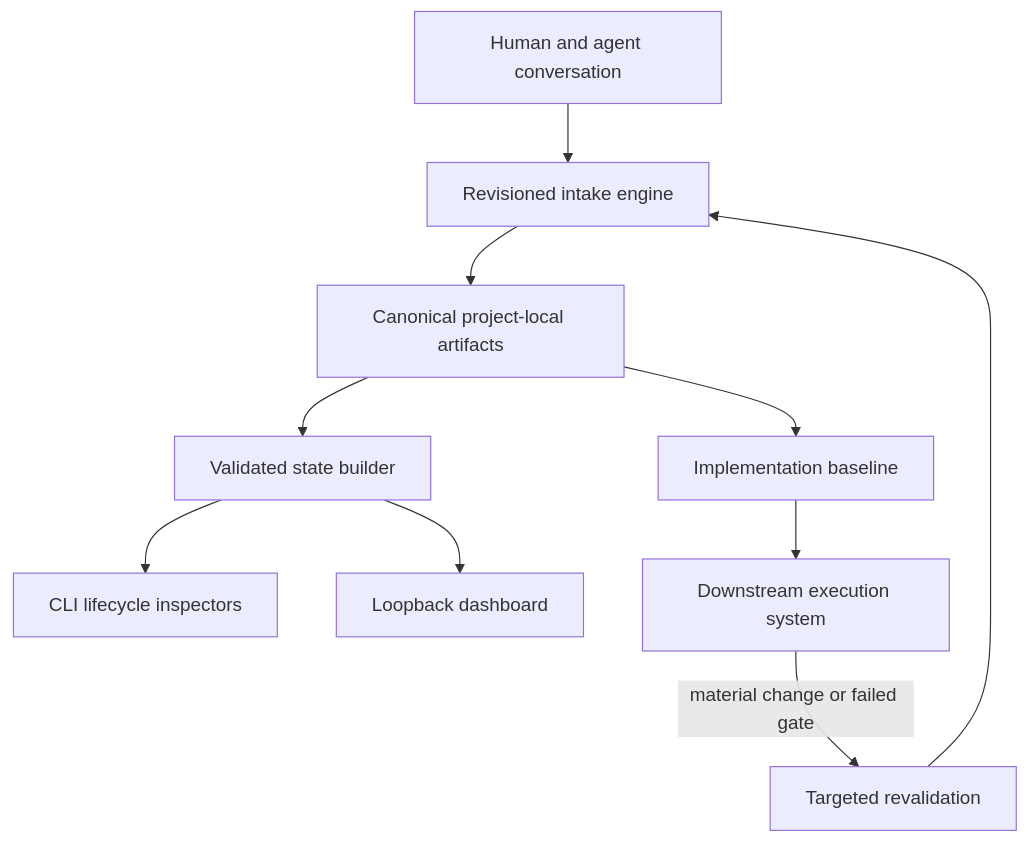
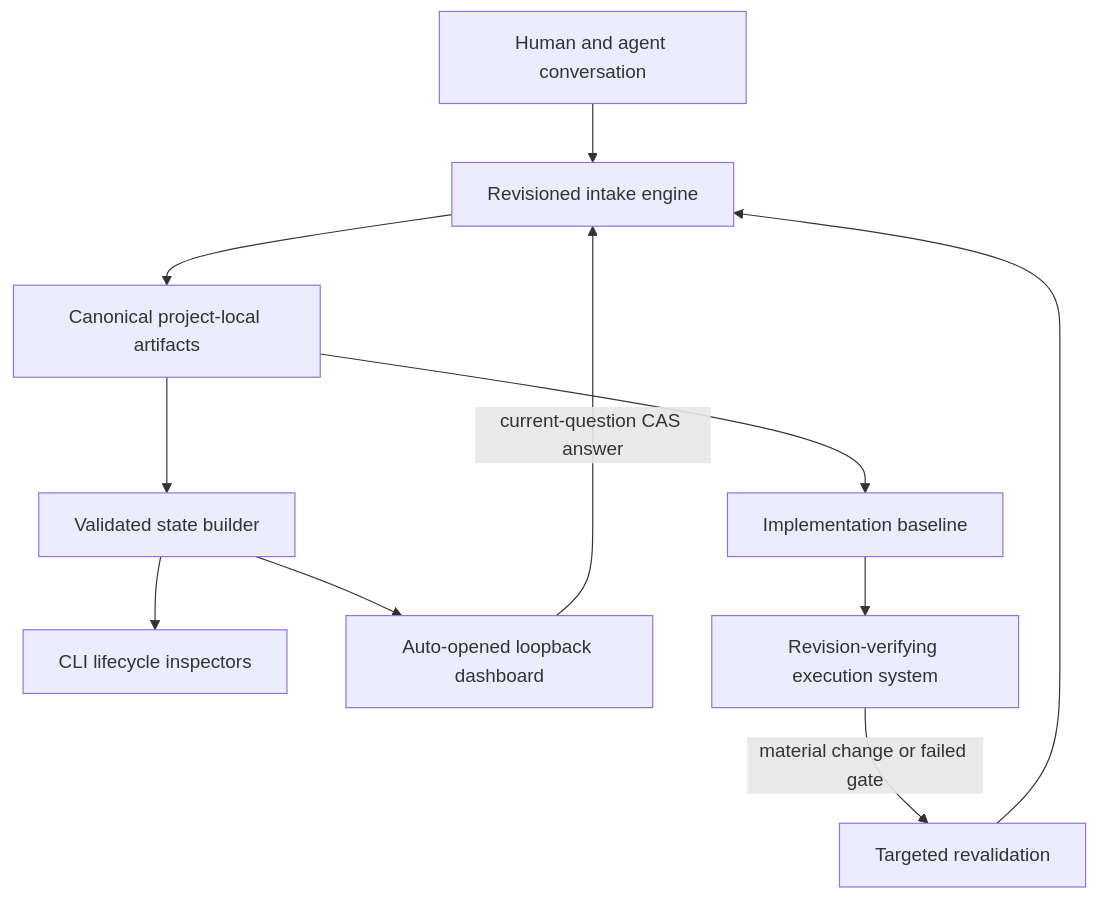
One commit to Mohammed-Moniem/wayfinder changed the diagram in docs/ARCHITECTURE.md. Above: the diagram before and after it, drawn with Mermaid. The commit also changed other lines of this file and 8 other files, not shown here.

Commit message:
feat: auto-open dashboard and persist guided decisions

````diff
--- a/docs/ARCHITECTURE.md
+++ b/docs/ARCHITECTURE.md
@@ -5,12 +5,13 @@
 ```mermaid
 flowchart TD
     H[Human and agent conversation] --> I[Revisioned intake engine]
     I --> S[Canonical project-local artifacts]
     S --> V[Validated state builder]
     V --> C[CLI lifecycle inspectors]
-    V --> D[Loopback dashboard]
+    V --> D[Auto-opened loopback dashboard]
+    D -->|current-question CAS answer| I
     S --> B[Implementation baseline]
-    B --> X[Downstream execution system]
+    B --> X[Revision-verifying execution system]
     X -->|material change or failed gate| R[Targeted revalidation]
     R --> I
 ```
````
